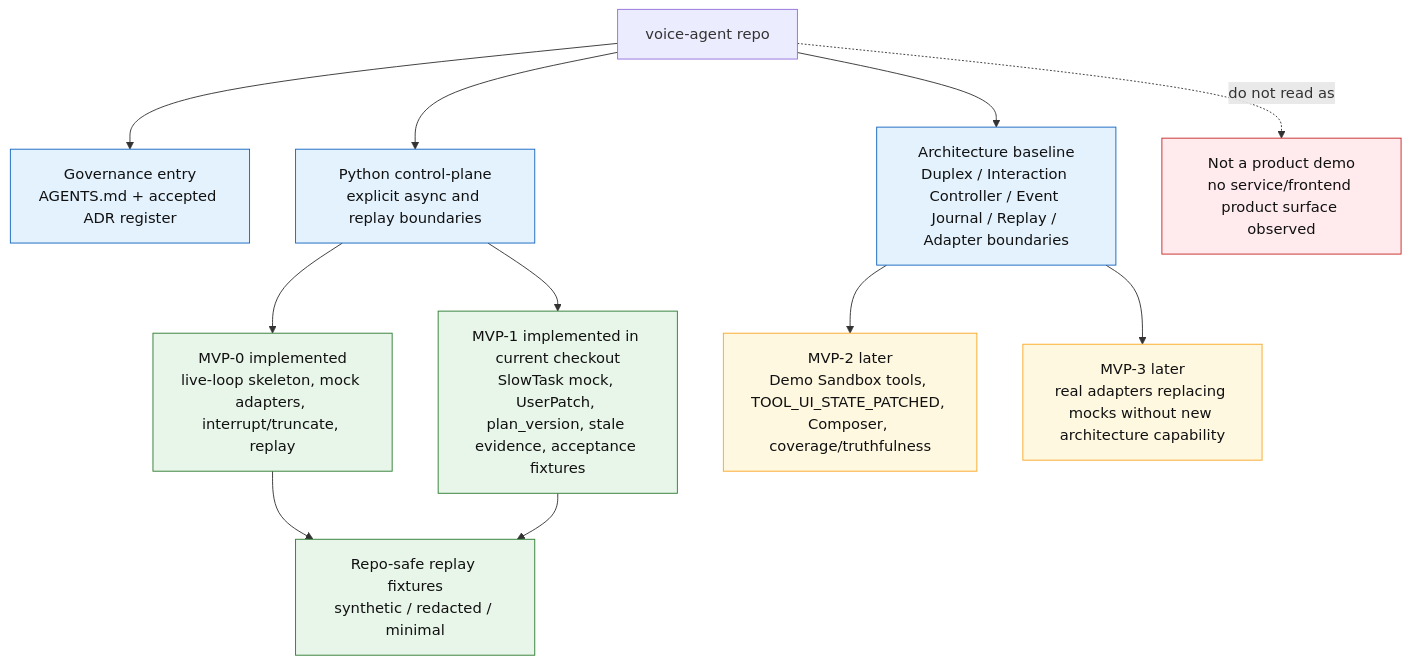
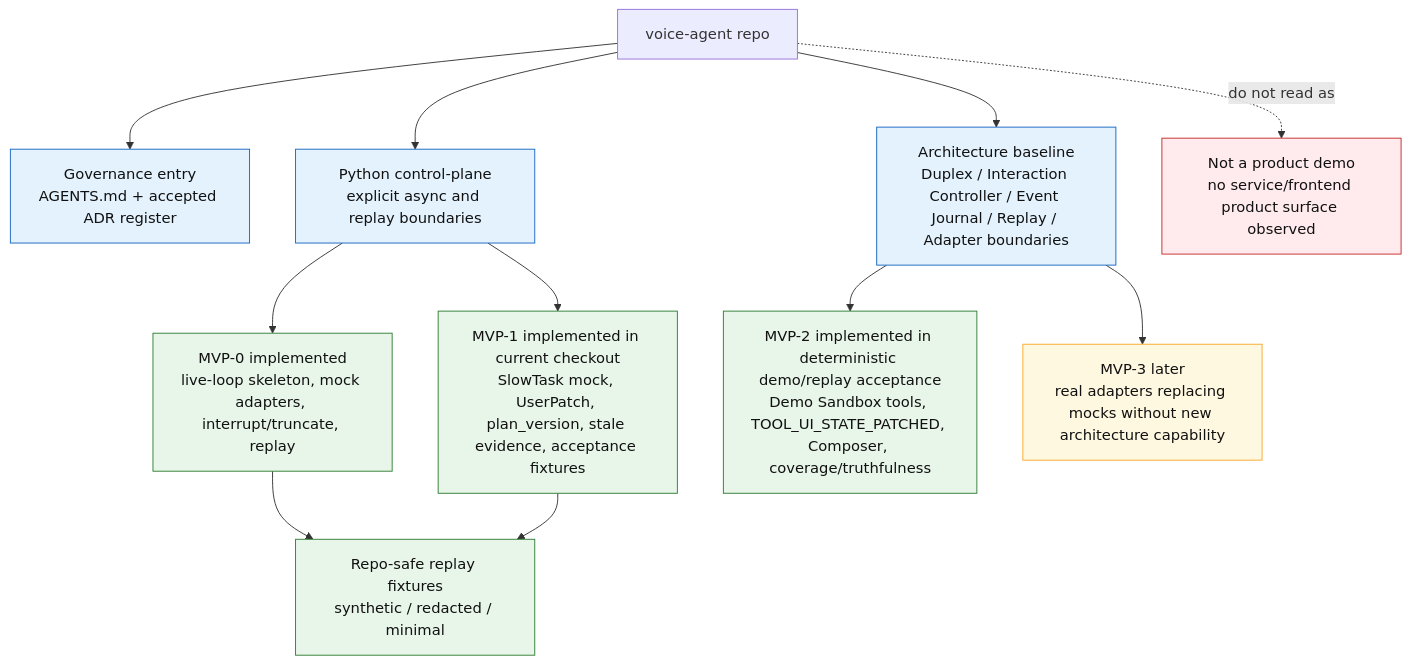
Before and after one commit to Skyfacon/voice-agent: the first of 11 diagrams in docs/architecture-diagrams.md, drawn with Mermaid. The commit also changed other lines of this file and 11 other files, not shown here.

````diff
--- a/docs/architecture-diagrams.md
+++ b/docs/architecture-diagrams.md
@@ -22,33 +23,33 @@
 ```mermaid
 flowchart TB
     Repo["voice-agent repo"]
     Governance["Governance entry\nAGENTS.md + accepted ADR register"]
     Baseline["Architecture baseline\nDuplex / Interaction Controller / Event Journal / Replay / Adapter boundaries"]
     ControlPlane["Python control-plane\nexplicit async and replay boundaries"]
     MVP0["MVP-0 implemented\nlive-loop skeleton, mock adapters, interrupt/truncate, replay"]
     MVP1["MVP-1 implemented in current checkout\nSlowTask mock, UserPatch, plan_version, stale evidence, acceptance fixtures"]
-    MVP2["MVP-2 later\nDemo Sandbox tools, TOOL_UI_STATE_PATCHED, Composer, coverage/truthfulness"]
+    MVP2["MVP-2 implemented in deterministic demo/replay acceptance\nDemo Sandbox tools, TOOL_UI_STATE_PATCHED, Composer, coverage/truthfulness"]
     MVP3["MVP-3 later\nreal adapters replacing mocks without new architecture capability"]
     NotDemo["Not a product demo\nno service/frontend product surface observed"]
     SafeFixtures["Repo-safe replay fixtures\nsynthetic / redacted / minimal"]
 
     Repo --> Governance
     Repo --> Baseline
     Repo --> ControlPlane
     ControlPlane --> MVP0
     ControlPlane --> MVP1
     MVP0 --> SafeFixtures
     MVP1 --> SafeFixtures
     Baseline --> MVP2
     Baseline --> MVP3
     Repo -. "do not read as" .-> NotDemo
 
     classDef implemented fill:#e8f5e9,stroke:#2e7d32,color:#111;
     classDef future fill:#fff8e1,stroke:#f9a825,color:#111;
     classDef boundary fill:#e3f2fd,stroke:#1565c0,color:#111;
     classDef warning fill:#ffebee,stroke:#c62828,color:#111;
-    class MVP0,MVP1,SafeFixtures implemented;
-    class MVP2,MVP3 future;
+    class MVP0,MVP1,MVP2,SafeFixtures implemented;
+    class MVP3 future;
     class Governance,Baseline,ControlPlane boundary;
     class NotDemo warning;
 ```
````
